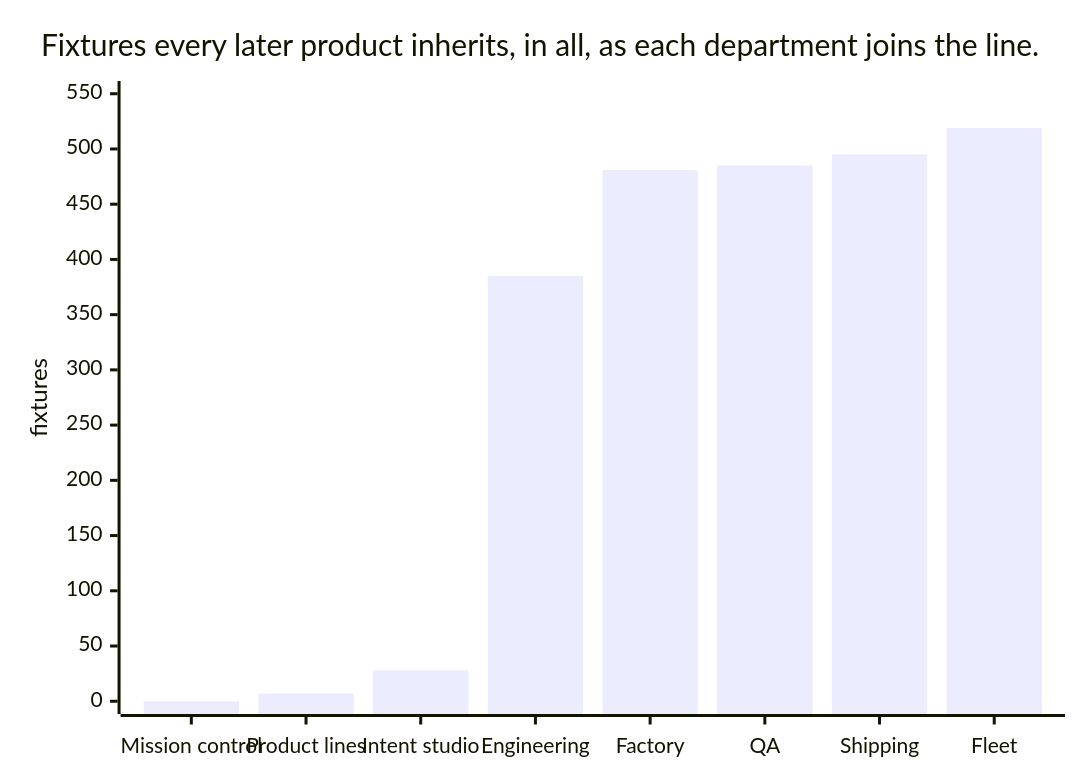
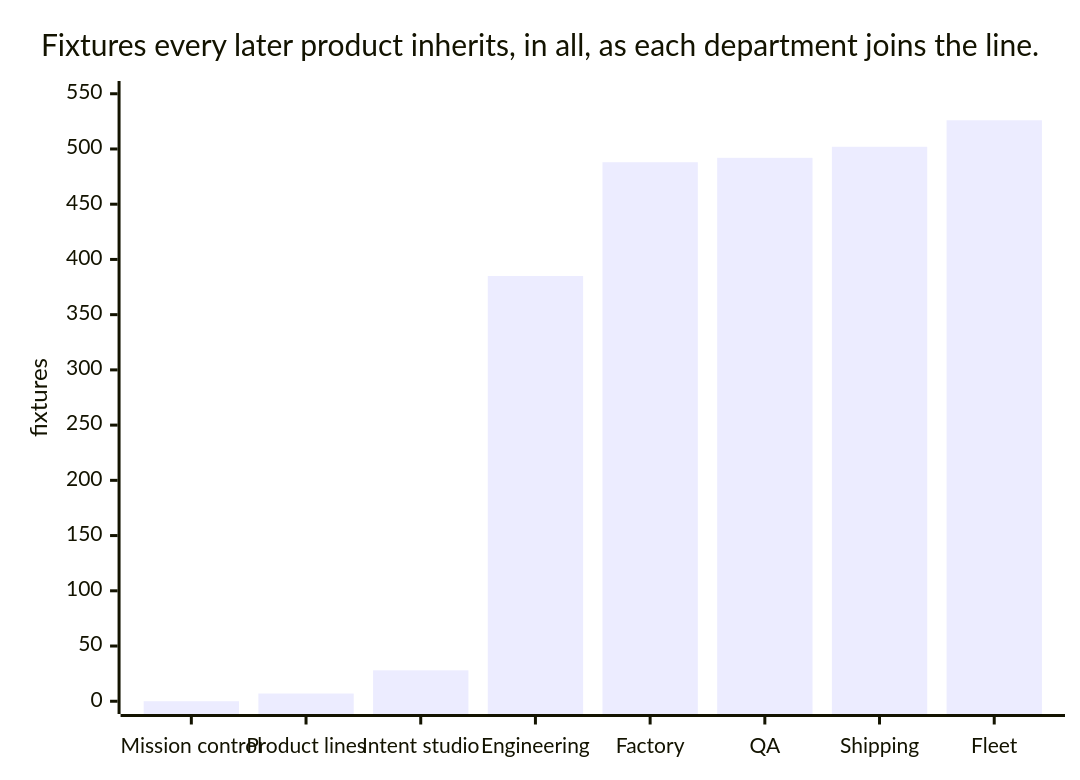
One commit to russlittle/ZTHR changed the second of 3 diagrams in intent/docs/line/README.md. Above: the diagram before and after it, drawn with Mermaid. The commit also changed other lines of this file and 23 other files, not shown here.

````diff
--- a/intent/docs/line/README.md
+++ b/intent/docs/line/README.md
@@ -99,7 +99,7 @@
 ```mermaid
 xychart-beta
   title "Fixtures every later product inherits, in all, as each department joins the line."
   x-axis ["Mission control", "Product lines", "Intent studio", "Engineering", "Factory", "QA", "Shipping", "Fleet"]
   y-axis "fixtures" 0 --> 550
-  bar [0, 7, 28, 385, 481, 485, 495, 519]
+  bar [0, 7, 28, 385, 488, 492, 502, 526]
 ```
````
